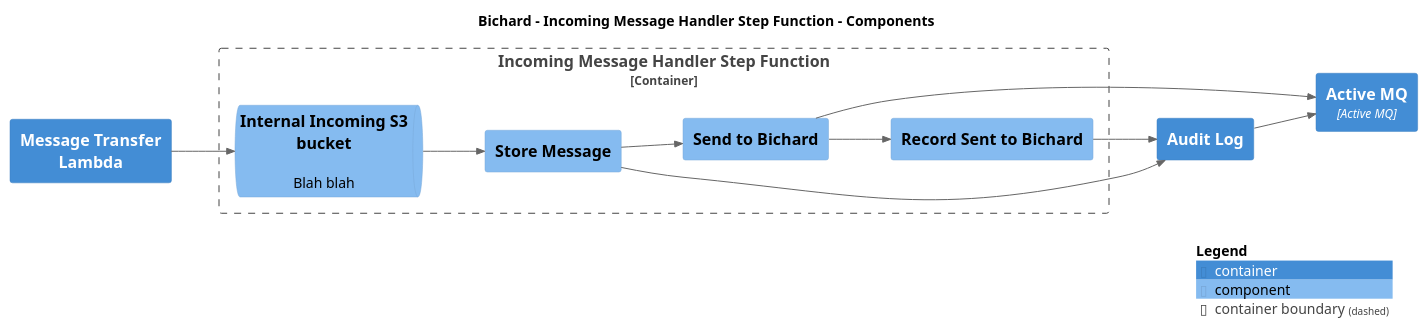
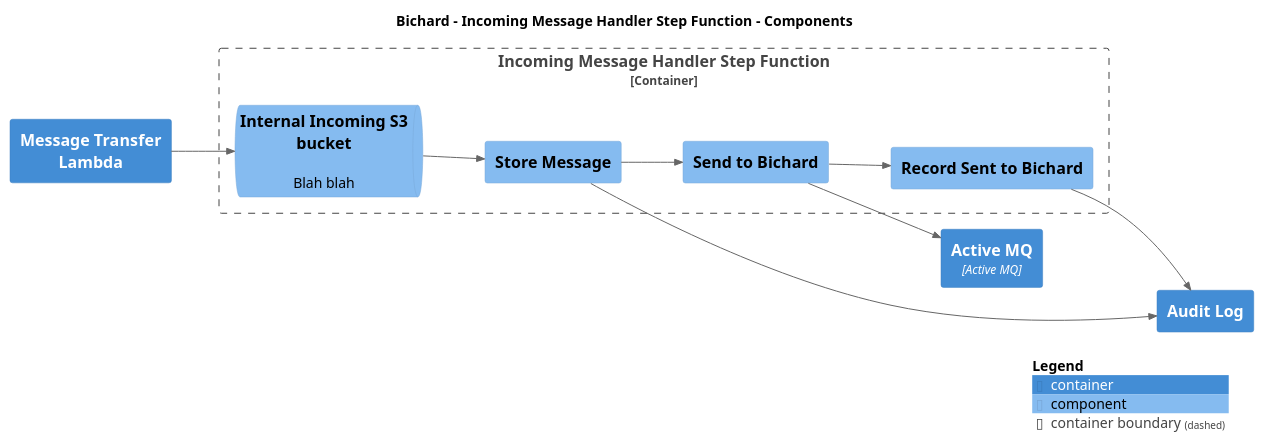
The diagram in main/puml/Component-002.puml (ministryofjustice/bichard7-next-core), drawn with PlantUML before and after one commit. The commit also changed 71 other files, not shown here.

```diff
--- a/main/puml/Component-002.puml
+++ b/main/puml/Component-002.puml
@@ -1,33 +1,32 @@
 @startuml
 set separator none
 title Bichard - Incoming Message Handler Step Function - Components
 
 left to right direction
 
 !include <C4/C4>
 !include <C4/C4_Context>
 !include <C4/C4_Container>
 !include <C4/C4_Component>
 
 Container(Bichard.MessageTransferLambda, "Message Transfer Lambda", $techn="", $descr="", $tags="", $link="")
 Container(Bichard.ActiveMQ, "Active MQ", $techn="Active MQ", $descr="", $tags="", $link="")
 Container(Bichard.AuditLog, "Audit Log", $techn="", $descr="", $tags="", $link="")
 
 Container_Boundary("Bichard.IncomingMessageHandlerStepFunction_boundary", "Incoming Message Handler Step Function", $tags="") {
   ComponentQueue(Bichard.IncomingMessageHandlerStepFunction.InternalIncomingS3bucket, "Internal Incoming S3 bucket", $techn="", $descr="Blah blah", $tags="", $link="")
   Component(Bichard.IncomingMessageHandlerStepFunction.StoreMessage, "Store Message", $techn="", $descr="", $tags="", $link="")
   Component(Bichard.IncomingMessageHandlerStepFunction.SendtoBichard, "Send to Bichard", $techn="", $descr="", $tags="", $link="")
   Component(Bichard.IncomingMessageHandlerStepFunction.RecordSenttoBichard, "Record Sent to Bichard", $techn="", $descr="", $tags="", $link="")
 }
 
-Rel(Bichard.AuditLog, Bichard.ActiveMQ, "", $techn="", $tags="", $link="")
 Rel(Bichard.MessageTransferLambda, Bichard.IncomingMessageHandlerStepFunction.InternalIncomingS3bucket, "", $techn="", $tags="", $link="")
 Rel(Bichard.IncomingMessageHandlerStepFunction.InternalIncomingS3bucket, Bichard.IncomingMessageHandlerStepFunction.StoreMessage, "", $techn="", $tags="", $link="")
 Rel(Bichard.IncomingMessageHandlerStepFunction.StoreMessage, Bichard.AuditLog, "", $techn="", $tags="", $link="")
 Rel(Bichard.IncomingMessageHandlerStepFunction.StoreMessage, Bichard.IncomingMessageHandlerStepFunction.SendtoBichard, "", $techn="", $tags="", $link="")
 Rel(Bichard.IncomingMessageHandlerStepFunction.SendtoBichard, Bichard.ActiveMQ, "", $techn="", $tags="", $link="")
 Rel(Bichard.IncomingMessageHandlerStepFunction.SendtoBichard, Bichard.IncomingMessageHandlerStepFunction.RecordSenttoBichard, "", $techn="", $tags="", $link="")
 Rel(Bichard.IncomingMessageHandlerStepFunction.RecordSenttoBichard, Bichard.AuditLog, "", $techn="", $tags="", $link="")
 
 SHOW_LEGEND(true)
 @enduml
```
